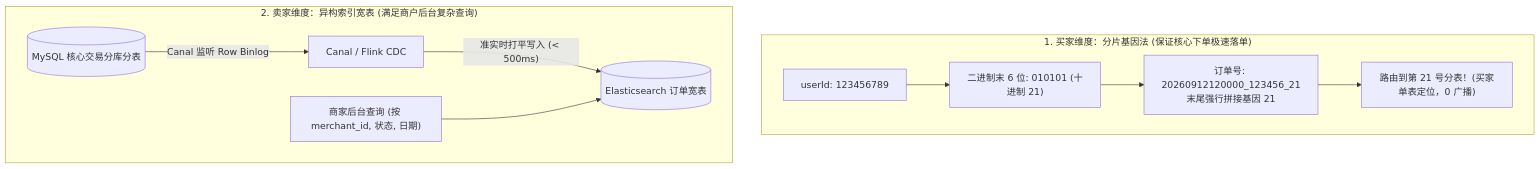
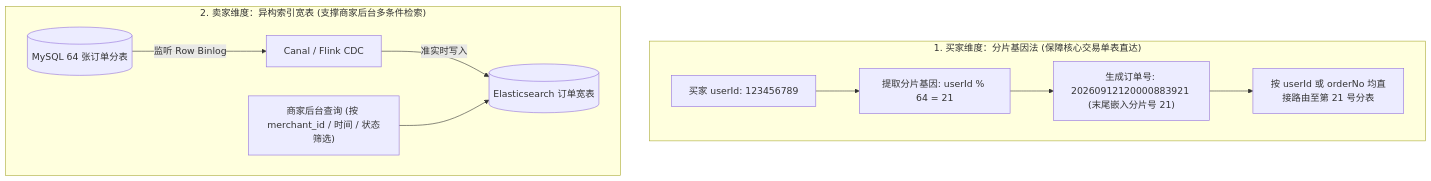
One commit to GuoWWWX/knowledge-base changed the third of 3 diagrams in 20-Java后端/09-项目实战/03-项目-订单履约系统.md. Above: the diagram before and after it, drawn with Mermaid. The commit also changed other lines of this file and 251 other files, not shown here.

````diff
--- a/20-Java后端/09-项目实战/03-项目-订单履约系统.md
+++ b/20-Java后端/09-项目实战/03-项目-订单履约系统.md
@@ -239,14 +227,14 @@
 ```mermaid
 flowchart TD
-    subgraph GeneMethod["1. 买家维度：分片基因法 (保证核心下单极速落单)"]
-        UID["userId: 123456789"] --> Binary["二进制末 6 位: 010101 (十进制 21)"]
-        Binary --> OrderNo["订单号: 20260912120000_123456_21<br/>末尾强行拼接基因 21"]
-        OrderNo --> RouteDB["路由到第 21 号分表！(买家单表定位，0 广播)"]
+    subgraph GeneMethod["1. 买家维度：分片基因法 (保障核心交易单表直达)"]
+        UID["买家 userId: 123456789"] --> Binary["提取分片基因: userId % 64 = 21"]
+        Binary --> OrderNo["生成订单号: 20260912120000883921 (末尾嵌入分片号 21)"]
+        OrderNo --> RouteDB["按 userId 或 orderNo 均直接路由至第 21 号分表"]
     end
 
-    subgraph HeteroIndex["2. 卖家维度：异构索引宽表 (满足商户后台复杂查询)"]
-        MySQLOrder[("MySQL 核心交易分库分表")] -->|"Canal 监听 Row Binlog"| Canal["Canal / Flink CDC"]
-        Canal -->|"准实时打平写入 (< 500ms)"| ES[("Elasticsearch 订单宽表")]
-        MerchantQuery["商家后台查询 (按 merchant_id, 状态, 日期)"] --> ES
+    subgraph HeteroIndex["2. 卖家维度：异构索引宽表 (支撑商家后台多条件检索)"]
+        MySQLOrder[("MySQL 64 张订单分表")] -->|"监听 Row Binlog"| Canal["Canal / Flink CDC"]
+        Canal -->|"准实时写入"| ES[("Elasticsearch 订单宽表")]
+        MerchantQuery["商家后台查询 (按 merchant_id / 时间 / 状态筛选)"] --> ES
     end
 ```
````
